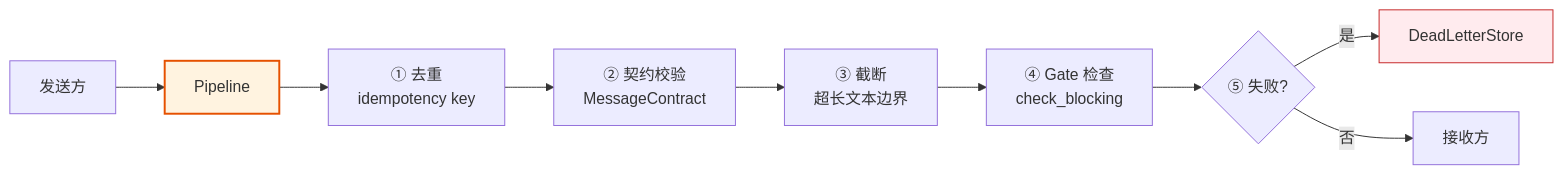
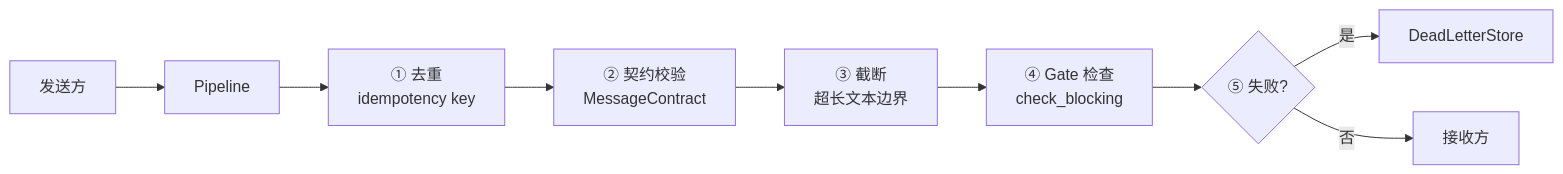
One commit to limenagent/prodagent changed the fourth of 8 diagrams in docs/tour/07-multiagent.md. Above: the diagram before and after it, drawn with Mermaid. The commit also changed 113 other files, not shown here.

````diff
--- a/docs/tour/07-multiagent.md
+++ b/docs/tour/07-multiagent.md
@@ -461,13 +461,11 @@
 ```mermaid
 graph LR
     SENDER["发送方"] --> PIPE["Pipeline"]
     PIPE --> DEDUP["① 去重<br/>idempotency key"]
     DEDUP --> CONTRACT["② 契约校验<br/>MessageContract"]
     CONTRACT --> TRIM["③ 截断<br/>超长文本边界"]
     TRIM --> GATE["④ Gate 检查<br/>check_blocking"]
     GATE --> DLQ{"⑤ 失败?"}
     DLQ -->|是| DEAD["DeadLetterStore"]
     DLQ -->|否| RECEIVER["接收方"]
-    style PIPE fill:#fff3e0,stroke:#e65100,stroke-width:2px
-    style DEAD fill:#ffebee,stroke:#c62828
 ```
````
